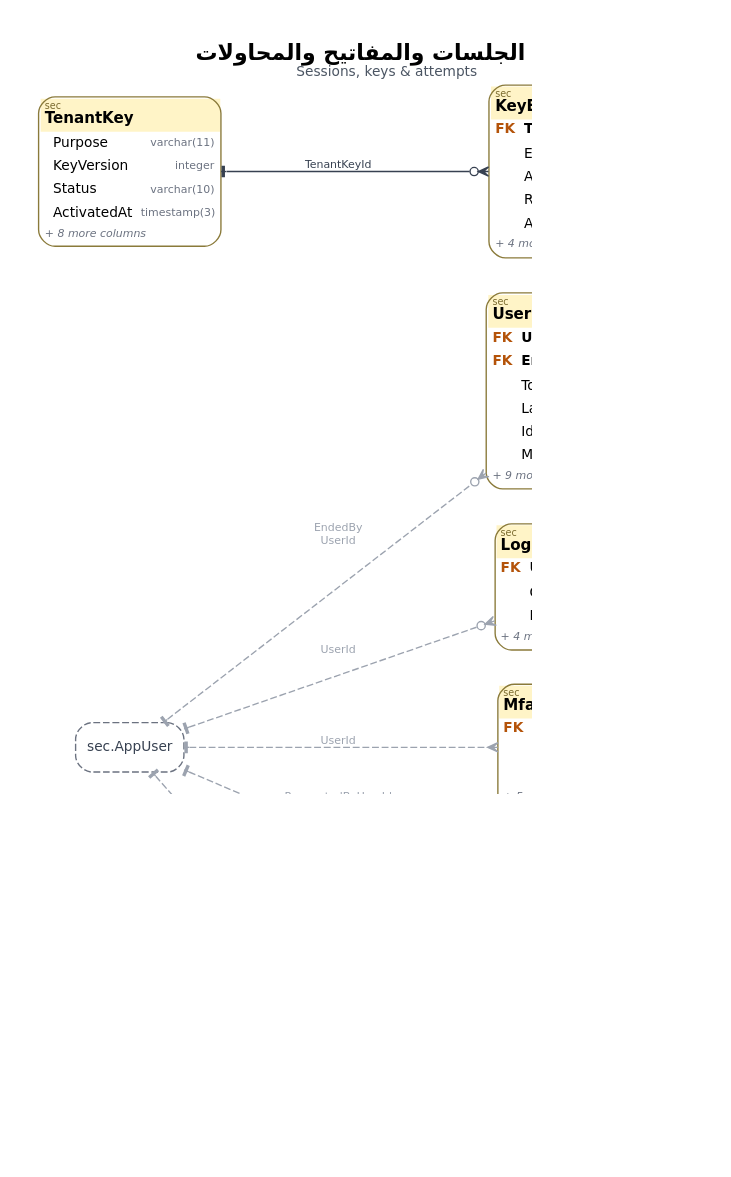
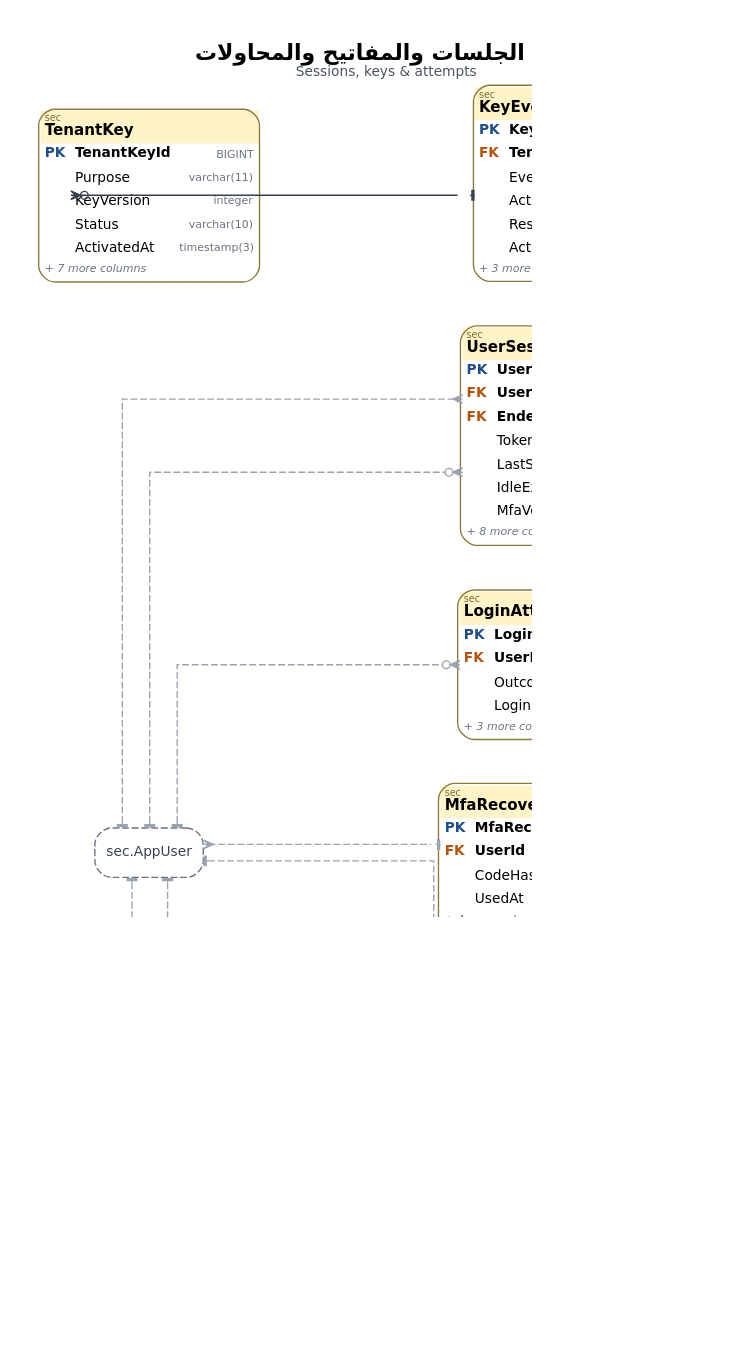
Before and after one commit to thawrasy/smartlines: the diagram in treasury-platform/docs/diagrams/pro/src/m0_sessions.dot, drawn with Graphviz. The commit also changed 72 other files, not shown here.

First line of the commit message:
WIP: layered orthogonal ERD layout with row ports (professional diagrams)

```diff
--- a/treasury-platform/docs/diagrams/pro/src/m0_sessions.dot
+++ b/treasury-platform/docs/diagrams/pro/src/m0_sessions.dot
@@ -1,19 +1,21 @@
 digraph G {
-  graph [fontname="DejaVu Sans", label=<<B><FONT POINT-SIZE="16">م0 · الجلسات والمفاتيح والمحاولات</FONT></B><BR/><FONT POINT-SIZE="10" COLOR="#4B5563">Sessions, keys &amp; attempts</FONT>>, labelloc=t, rankdir=LR, splines=true, nodesep=0.35, ranksep=1.25, pad=0.35, bgcolor="white", dpi=110];
+  graph [fontname="DejaVu Sans", label=<<B><FONT POINT-SIZE="16">م0 · الجلسات والمفاتيح والمحاولات</FONT></B><BR/><FONT POINT-SIZE="10" COLOR="#4B5563">Sessions, keys &amp; attempts</FONT>>, labelloc=t, rankdir=LR, splines=ortho, nodesep=0.45, ranksep=1.7, pad=0.35, bgcolor="white", dpi=110];
   node [fontname="DejaVu Sans", fontsize=10];
   edge [fontname="DejaVu Sans", fontsize=8, color="#374151", arrowsize=0.75];
-  "sec.UserSession" [shape=plain, label=<<TABLE BORDER="1" COLOR="#8A7A3A" CELLBORDER="0" CELLSPACING="0" CELLPADDING="3" STYLE="rounded" BGCOLOR="white"><TR><TD COLSPAN="3" BGCOLOR="#FFF4C7" ALIGN="LEFT"><FONT POINT-SIZE="7" COLOR="#7A6A2E">sec</FONT><BR ALIGN="LEFT"/><FONT POINT-SIZE="11"><B>UserSession</B></FONT></TD></TR><TR><TD ALIGN="LEFT"><FONT COLOR="#B45309"><B>FK</B></FONT></TD><TD ALIGN="LEFT"><B>UserId</B></TD><TD ALIGN="RIGHT"><FONT COLOR="#6B7280" POINT-SIZE="8">BIGINT</FONT></TD></TR><TR><TD ALIGN="LEFT"><FONT COLOR="#B45309"><B>FK</B></FONT></TD><TD ALIGN="LEFT"><B>EndedBy</B></TD><TD ALIGN="RIGHT"><FONT COLOR="#6B7280" POINT-SIZE="8">BIGINT</FONT></TD></TR><TR><TD ALIGN="LEFT"></TD><TD ALIGN="LEFT">TokenHash</TD><TD ALIGN="RIGHT"><FONT COLOR="#6B7280" POINT-SIZE="8">bytea</FONT></TD></TR><TR><TD ALIGN="LEFT"></TD><TD ALIGN="LEFT">LastSeenAt</TD><TD ALIGN="RIGHT"><FONT COLOR="#6B7280" POINT-SIZE="8">timestamp(3)</FONT></TD></TR><TR><TD ALIGN="LEFT"></TD><TD ALIGN="LEFT">IdleExpiresAt</TD><TD ALIGN="RIGHT"><FONT COLOR="#6B7280" POINT-SIZE="8">timestamp(3)</FONT></TD></TR><TR><TD ALIGN="LEFT"></TD><TD ALIGN="LEFT">MfaVerifiedAt</TD><TD ALIGN="RIGHT"><FONT COLOR="#6B7280" POINT-SIZE="8">timestamp(3)</FONT></TD></TR><TR><TD COLSPAN="3" ALIGN="LEFT"><FONT POINT-SIZE="8" COLOR="#6B7280"><I>+ 9 more columns</I></FONT></TD></TR></TABLE>>];
-  "sec.LoginAttempt" [shape=plain, label=<<TABLE BORDER="1" COLOR="#8A7A3A" CELLBORDER="0" CELLSPACING="0" CELLPADDING="3" STYLE="rounded" BGCOLOR="white"><TR><TD COLSPAN="3" BGCOLOR="#FFF4C7" ALIGN="LEFT"><FONT POINT-SIZE="7" COLOR="#7A6A2E">sec</FONT><BR ALIGN="LEFT"/><FONT POINT-SIZE="11"><B>LoginAttempt</B></FONT></TD></TR><TR><TD ALIGN="LEFT"><FONT COLOR="#B45309"><B>FK</B></FONT></TD><TD ALIGN="LEFT"><B>UserId</B></TD><TD ALIGN="RIGHT"><FONT COLOR="#6B7280" POINT-SIZE="8">BIGINT</FONT></TD></TR><TR><TD ALIGN="LEFT"></TD><TD ALIGN="LEFT">Outcome</TD><TD ALIGN="RIGHT"><FONT COLOR="#6B7280" POINT-SIZE="8">varchar(15)</FONT></TD></TR><TR><TD ALIGN="LEFT"></TD><TD ALIGN="LEFT">LoginName</TD><TD ALIGN="RIGHT"><FONT COLOR="#6B7280" POINT-SIZE="8">varchar(200)</FONT></TD></TR><TR><TD COLSPAN="3" ALIGN="LEFT"><FONT POINT-SIZE="8" COLOR="#6B7280"><I>+ 4 more columns</I></FONT></TD></TR></TABLE>>];
-  "sec.MfaRecoveryCode" [shape=plain, label=<<TABLE BORDER="1" COLOR="#8A7A3A" CELLBORDER="0" CELLSPACING="0" CELLPADDING="3" STYLE="rounded" BGCOLOR="white"><TR><TD COLSPAN="3" BGCOLOR="#FFF4C7" ALIGN="LEFT"><FONT POINT-SIZE="7" COLOR="#7A6A2E">sec</FONT><BR ALIGN="LEFT"/><FONT POINT-SIZE="11"><B>MfaRecoveryCode</B></FONT></TD></TR><TR><TD ALIGN="LEFT"><FONT COLOR="#B45309"><B>FK</B></FONT></TD><TD ALIGN="LEFT"><B>UserId</B></TD><TD ALIGN="RIGHT"><FONT COLOR="#6B7280" POINT-SIZE="8">BIGINT</FONT></TD></TR><TR><TD ALIGN="LEFT"></TD><TD ALIGN="LEFT">CodeHash</TD><TD ALIGN="RIGHT"><FONT COLOR="#6B7280" POINT-SIZE="8">bytea</FONT></TD></TR><TR><TD ALIGN="LEFT"></TD><TD ALIGN="LEFT">UsedAt</TD><TD ALIGN="RIGHT"><FONT COLOR="#6B7280" POINT-SIZE="8">timestamp(3)</FONT></TD></TR><TR><TD COLSPAN="3" ALIGN="LEFT"><FONT POINT-SIZE="8" COLOR="#6B7280"><I>+ 5 more columns</I></FONT></TD></TR></TABLE>>];
-  "sec.UserToken" [shape=plain, label=<<TABLE BORDER="1" COLOR="#8A7A3A" CELLBORDER="0" CELLSPACING="0" CELLPADDING="3" STYLE="rounded" BGCOLOR="white"><TR><TD COLSPAN="3" BGCOLOR="#FFF4C7" ALIGN="LEFT"><FONT POINT-SIZE="7" COLOR="#7A6A2E">sec</FONT><BR ALIGN="LEFT"/><FONT POINT-SIZE="11"><B>UserToken</B></FONT></TD></TR><TR><TD ALIGN="LEFT"><FONT COLOR="#B45309"><B>FK</B></FONT></TD><TD ALIGN="LEFT"><B>UserId</B></TD><TD ALIGN="RIGHT"><FONT COLOR="#6B7280" POINT-SIZE="8">BIGINT</FONT></TD></TR><TR><TD ALIGN="LEFT"><FONT COLOR="#B45309"><B>FK</B></FONT></TD><TD ALIGN="LEFT"><B>RequestedByUserId</B></TD><TD ALIGN="RIGHT"><FONT COLOR="#6B7280" POINT-SIZE="8">BIGINT</FONT></TD></TR><TR><TD ALIGN="LEFT"></TD><TD ALIGN="LEFT">Purpose</TD><TD ALIGN="RIGHT"><FONT COLOR="#6B7280" POINT-SIZE="8">varchar(14)</FONT></TD></TR><TR><TD ALIGN="LEFT"></TD><TD ALIGN="LEFT">TokenHash</TD><TD ALIGN="RIGHT"><FONT COLOR="#6B7280" POINT-SIZE="8">bytea</FONT></TD></TR><TR><TD ALIGN="LEFT"></TD><TD ALIGN="LEFT">ExpiresAt</TD><TD ALIGN="RIGHT"><FONT COLOR="#6B7280" POINT-SIZE="8">timestamp(3)</FONT></TD></TR><TR><TD ALIGN="LEFT"></TD><TD ALIGN="LEFT">UsedAt</TD><TD ALIGN="RIGHT"><FONT COLOR="#6B7280" POINT-SIZE="8">timestamp(3)</FONT></TD></TR><TR><TD COLSPAN="3" ALIGN="LEFT"><FONT POINT-SIZE="8" COLOR="#6B7280"><I>+ 9 more columns</I></FONT></TD></TR></TABLE>>];
-  "sec.UserPasswordHistory" [shape=plain, label=<<TABLE BORDER="1" COLOR="#8A7A3A" CELLBORDER="0" CELLSPACING="0" CELLPADDING="3" STYLE="rounded" BGCOLOR="white"><TR><TD COLSPAN="3" BGCOLOR="#FFF4C7" ALIGN="LEFT"><FONT POINT-SIZE="7" COLOR="#7A6A2E">sec</FONT><BR ALIGN="LEFT"/><FONT POINT-SIZE="11"><B>UserPasswordHistory</B></FONT></TD></TR><TR><TD ALIGN="LEFT"><FONT COLOR="#B45309"><B>FK</B></FONT></TD><TD ALIGN="LEFT"><B>UserId</B></TD><TD ALIGN="RIGHT"><FONT COLOR="#6B7280" POINT-SIZE="8">BIGINT</FONT></TD></TR><TR><TD ALIGN="LEFT"></TD><TD ALIGN="LEFT">PasswordHash</TD><TD ALIGN="RIGHT"><FONT COLOR="#6B7280" POINT-SIZE="8">varchar(255)</FONT></TD></TR><TR><TD COLSPAN="3" ALIGN="LEFT"><FONT POINT-SIZE="8" COLOR="#6B7280"><I>+ 2 more columns</I></FONT></TD></TR></TABLE>>];
-  "sec.TenantKey" [shape=plain, label=<<TABLE BORDER="1" COLOR="#8A7A3A" CELLBORDER="0" CELLSPACING="0" CELLPADDING="3" STYLE="rounded" BGCOLOR="white"><TR><TD COLSPAN="3" BGCOLOR="#FFF4C7" ALIGN="LEFT"><FONT POINT-SIZE="7" COLOR="#7A6A2E">sec</FONT><BR ALIGN="LEFT"/><FONT POINT-SIZE="11"><B>TenantKey</B></FONT></TD></TR><TR><TD ALIGN="LEFT"></TD><TD ALIGN="LEFT">Purpose</TD><TD ALIGN="RIGHT"><FONT COLOR="#6B7280" POINT-SIZE="8">varchar(11)</FONT></TD></TR><TR><TD ALIGN="LEFT"></TD><TD ALIGN="LEFT">KeyVersion</TD><TD ALIGN="RIGHT"><FONT COLOR="#6B7280" POINT-SIZE="8">integer</FONT></TD></TR><TR><TD ALIGN="LEFT"></TD><TD ALIGN="LEFT">Status</TD><TD ALIGN="RIGHT"><FONT COLOR="#6B7280" POINT-SIZE="8">varchar(10)</FONT></TD></TR><TR><TD ALIGN="LEFT"></TD><TD ALIGN="LEFT">ActivatedAt</TD><TD ALIGN="RIGHT"><FONT COLOR="#6B7280" POINT-SIZE="8">timestamp(3)</FONT></TD></TR><TR><TD COLSPAN="3" ALIGN="LEFT"><FONT POINT-SIZE="8" COLOR="#6B7280"><I>+ 8 more columns</I></FONT></TD></TR></TABLE>>];
-  "sec.KeyEvent" [shape=plain, label=<<TABLE BORDER="1" COLOR="#8A7A3A" CELLBORDER="0" CELLSPACING="0" CELLPADDING="3" STYLE="rounded" BGCOLOR="white"><TR><TD COLSPAN="3" BGCOLOR="#FFF4C7" ALIGN="LEFT"><FONT POINT-SIZE="7" COLOR="#7A6A2E">sec</FONT><BR ALIGN="LEFT"/><FONT POINT-SIZE="11"><B>KeyEvent</B></FONT></TD></TR><TR><TD ALIGN="LEFT"><FONT COLOR="#B45309"><B>FK</B></FONT></TD><TD ALIGN="LEFT"><B>TenantKeyId</B></TD><TD ALIGN="RIGHT"><FONT COLOR="#6B7280" POINT-SIZE="8">BIGINT</FONT></TD></TR><TR><TD ALIGN="LEFT"></TD><TD ALIGN="LEFT">EventType</TD><TD ALIGN="RIGHT"><FONT COLOR="#6B7280" POINT-SIZE="8">varchar(18)</FONT></TD></TR><TR><TD ALIGN="LEFT"></TD><TD ALIGN="LEFT">ActorType</TD><TD ALIGN="RIGHT"><FONT COLOR="#6B7280" POINT-SIZE="8">varchar(10)</FONT></TD></TR><TR><TD ALIGN="LEFT"></TD><TD ALIGN="LEFT">Result</TD><TD ALIGN="RIGHT"><FONT COLOR="#6B7280" POINT-SIZE="8">varchar(10)</FONT></TD></TR><TR><TD ALIGN="LEFT"></TD><TD ALIGN="LEFT">ActorId</TD><TD ALIGN="RIGHT"><FONT COLOR="#6B7280" POINT-SIZE="8">uuid</FONT></TD></TR><TR><TD COLSPAN="3" ALIGN="LEFT"><FONT POINT-SIZE="8" COLOR="#6B7280"><I>+ 4 more columns</I></FONT></TD></TR></TABLE>>];
+  "sec.UserSession" [shape=plain, label=<<TABLE BORDER="1" COLOR="#8A7A3A" CELLBORDER="0" CELLSPACING="0" CELLPADDING="3" STYLE="rounded" BGCOLOR="white"><TR><TD COLSPAN="3" BGCOLOR="#FFF4C7" ALIGN="LEFT"><FONT POINT-SIZE="7" COLOR="#7A6A2E">sec</FONT><BR ALIGN="LEFT"/><FONT POINT-SIZE="11"><B>UserSession</B></FONT></TD></TR><TR><TD ALIGN="LEFT" PORT="UserSessionId"><FONT COLOR="#1D4E89"><B>PK</B></FONT></TD><TD ALIGN="LEFT" PORT="UserSessionId"><B>UserSessionId</B></TD><TD ALIGN="RIGHT" PORT="UserSessionId"><FONT COLOR="#6B7280" POINT-SIZE="8">BIGINT</FONT></TD></TR><TR><TD ALIGN="LEFT" PORT="UserId"><FONT COLOR="#B45309"><B>FK</B></FONT></TD><TD ALIGN="LEFT" PORT="UserId"><B>UserId</B></TD><TD ALIGN="RIGHT" PORT="UserId"><FONT COLOR="#6B7280" POINT-SIZE="8">BIGINT</FONT></TD></TR><TR><TD ALIGN="LEFT" PORT="EndedBy"><FONT COLOR="#B45309"><B>FK</B></FONT></TD><TD ALIGN="LEFT" PORT="EndedBy"><B>EndedBy</B></TD><TD ALIGN="RIGHT" PORT="EndedBy"><FONT COLOR="#6B7280" POINT-SIZE="8">BIGINT</FONT></TD></TR><TR><TD ALIGN="LEFT"></TD><TD ALIGN="LEFT">TokenHash</TD><TD ALIGN="RIGHT"><FONT COLOR="#6B7280" POINT-SIZE="8">bytea</FONT></TD></TR><TR><TD ALIGN="LEFT"></TD><TD ALIGN="LEFT">LastSeenAt</TD><TD ALIGN="RIGHT"><FONT COLOR="#6B7280" POINT-SIZE="8">timestamp(3)</FONT></TD></TR><TR><TD ALIGN="LEFT"></TD><TD ALIGN="LEFT">IdleExpiresAt</TD><TD ALIGN="RIGHT"><FONT COLOR="#6B7280" POINT-SIZE="8">timestamp(3)</FONT></TD></TR><TR><TD ALIGN="LEFT"></TD><TD ALIGN="LEFT">MfaVerifiedAt</TD><TD ALIGN="RIGHT"><FONT COLOR="#6B7280" POINT-SIZE="8">timestamp(3)</FONT></TD></TR><TR><TD COLSPAN="3" ALIGN="LEFT"><FONT POINT-SIZE="8" COLOR="#6B7280"><I>+ 8 more columns</I></FONT></TD></TR></TABLE>>];
+  "sec.LoginAttempt" [shape=plain, label=<<TABLE BORDER="1" COLOR="#8A7A3A" CELLBORDER="0" CELLSPACING="0" CELLPADDING="3" STYLE="rounded" BGCOLOR="white"><TR><TD COLSPAN="3" BGCOLOR="#FFF4C7" ALIGN="LEFT"><FONT POINT-SIZE="7" COLOR="#7A6A2E">sec</FONT><BR ALIGN="LEFT"/><FONT POINT-SIZE="11"><B>LoginAttempt</B></FONT></TD></TR><TR><TD ALIGN="LEFT" PORT="LoginAttemptId"><FONT COLOR="#1D4E89"><B>PK</B></FONT></TD><TD ALIGN="LEFT" PORT="LoginAttemptId"><B>LoginAttemptId</B></TD><TD ALIGN="RIGHT" PORT="LoginAttemptId"><FONT COLOR="#6B7280" POINT-SIZE="8">BIGINT</FONT></TD></TR><TR><TD ALIGN="LEFT" PORT="UserId"><FONT COLOR="#B45309"><B>FK</B></FONT></TD><TD ALIGN="LEFT" PORT="UserId"><B>UserId</B></TD><TD ALIGN="RIGHT" PORT="UserId"><FONT COLOR="#6B7280" POINT-SIZE="8">BIGINT</FONT></TD></TR><TR><TD ALIGN="LEFT"></TD><TD ALIGN="LEFT">Outcome</TD><TD ALIGN="RIGHT"><FONT COLOR="#6B7280" POINT-SIZE="8">varchar(15)</FONT></TD></TR><TR><TD ALIGN="LEFT"></TD><TD ALIGN="LEFT">LoginName</TD><TD ALIGN="RIGHT"><FONT COLOR="#6B7280" POINT-SIZE="8">varchar(200)</FONT></TD></TR><TR><TD COLSPAN="3" ALIGN="LEFT"><FONT POINT-SIZE="8" COLOR="#6B7280"><I>+ 3 more columns</I></FONT></TD></TR></TABLE>>];
+  "sec.MfaRecoveryCode" [shape=plain, label=<<TABLE BORDER="1" COLOR="#8A7A3A" CELLBORDER="0" CELLSPACING="0" CELLPADDING="3" STYLE="rounded" BGCOLOR="white"><TR><TD COLSPAN="3" BGCOLOR="#FFF4C7" ALIGN="LEFT"><FONT POINT-SIZE="7" COLOR="#7A6A2E">sec</FONT><BR ALIGN="LEFT"/><FONT POINT-SIZE="11"><B>MfaRecoveryCode</B></FONT></TD></TR><TR><TD ALIGN="LEFT" PORT="MfaRecoveryCodeId"><FONT COLOR="#1D4E89"><B>PK</B></FONT></TD><TD ALIGN="LEFT" PORT="MfaRecoveryCodeId"><B>MfaRecoveryCodeId</B></TD><TD ALIGN="RIGHT" PORT="MfaRecoveryCodeId"><FONT COLOR="#6B7280" POINT-SIZE="8">BIGINT</FONT></TD></TR><TR><TD ALIGN="LEFT" PORT="UserId"><FONT COLOR="#B45309"><B>FK</B></FONT></TD><TD ALIGN="LEFT" PORT="UserId"><B>UserId</B></TD><TD ALIGN="RIGHT" PORT="UserId"><FONT COLOR="#6B7280" POINT-SIZE="8">BIGINT</FONT></TD></TR><TR><TD ALIGN="LEFT"></TD><TD ALIGN="LEFT">CodeHash</TD><TD ALIGN="RIGHT"><FONT COLOR="#6B7280" POINT-SIZE="8">bytea</FONT></TD></TR><TR><TD ALIGN="LEFT"></TD><TD ALIGN="LEFT">UsedAt</TD><TD ALIGN="RIGHT"><FONT COLOR="#6B7280" POINT-SIZE="8">timestamp(3)</FONT></TD></TR><TR><TD COLSPAN="3" ALIGN="LEFT"><FONT POINT-SIZE="8" COLOR="#6B7280"><I>+ 4 more columns</I></FONT></TD></TR></TABLE>>];
+  "sec.UserToken" [shape=plain, label=<<TABLE BORDER="1" COLOR="#8A7A3A" CELLBORDER="0" CELLSPACING="0" CELLPADDING="3" STYLE="rounded" BGCOLOR="white"><TR><TD COLSPAN="3" BGCOLOR="#FFF4C7" ALIGN="LEFT"><FONT POINT-SIZE="7" COLOR="#7A6A2E">sec</FONT><BR ALIGN="LEFT"/><FONT POINT-SIZE="11"><B>UserToken</B></FONT></TD></TR><TR><TD ALIGN="LEFT" PORT="UserTokenId"><FONT COLOR="#1D4E89"><B>PK</B></FONT></TD><TD ALIGN="LEFT" PORT="UserTokenId"><B>UserTokenId</B></TD><TD ALIGN="RIGHT" PORT="UserTokenId"><FONT COLOR="#6B7280" POINT-SIZE="8">BIGINT</FONT></TD></TR><TR><TD ALIGN="LEFT" PORT="UserId"><FONT COLOR="#B45309"><B>FK</B></FONT></TD><TD ALIGN="LEFT" PORT="UserId"><B>UserId</B></TD><TD ALIGN="RIGHT" PORT="UserId"><FONT COLOR="#6B7280" POINT-SIZE="8">BIGINT</FONT></TD></TR><TR><TD ALIGN="LEFT" PORT="RequestedByUserId"><FONT COLOR="#B45309"><B>FK</B></FONT></TD><TD ALIGN="LEFT" PORT="RequestedByUserId"><B>RequestedByUserId</B></TD><TD ALIGN="RIGHT" PORT="RequestedByUserId"><FONT COLOR="#6B7280" POINT-SIZE="8">BIGINT</FONT></TD></TR><TR><TD ALIGN="LEFT"></TD><TD ALIGN="LEFT">Purpose</TD><TD ALIGN="RIGHT"><FONT COLOR="#6B7280" POINT-SIZE="8">varchar(14)</FONT></TD></TR><TR><TD ALIGN="LEFT"></TD><TD ALIGN="LEFT">TokenHash</TD><TD ALIGN="RIGHT"><FONT COLOR="#6B7280" POINT-SIZE="8">bytea</FONT></TD></TR><TR><TD ALIGN="LEFT"></TD><TD ALIGN="LEFT">ExpiresAt</TD><TD ALIGN="RIGHT"><FONT COLOR="#6B7280" POINT-SIZE="8">timestamp(3)</FONT></TD></TR><TR><TD ALIGN="LEFT"></TD><TD ALIGN="LEFT">UsedAt</TD><TD ALIGN="RIGHT"><FONT COLOR="#6B7280" POINT-SIZE="8">timestamp(3)</FONT></TD></TR><TR><TD COLSPAN="3" ALIGN="LEFT"><FONT POINT-SIZE="8" COLOR="#6B7280"><I>+ 8 more columns</I></FONT></TD></TR></TABLE>>];
+  "sec.UserPasswordHistory" [shape=plain, label=<<TABLE BORDER="1" COLOR="#8A7A3A" CELLBORDER="0" CELLSPACING="0" CELLPADDING="3" STYLE="rounded" BGCOLOR="white"><TR><TD COLSPAN="3" BGCOLOR="#FFF4C7" ALIGN="LEFT"><FONT POINT-SIZE="7" COLOR="#7A6A2E">sec</FONT><BR ALIGN="LEFT"/><FONT POINT-SIZE="11"><B>UserPasswordHistory</B></FONT></TD></TR><TR><TD ALIGN="LEFT" PORT="UserPasswordHistoryId"><FONT COLOR="#1D4E89"><B>PK</B></FONT></TD><TD ALIGN="LEFT" PORT="UserPasswordHistoryId"><B>UserPasswordHistoryId</B></TD><TD ALIGN="RIGHT" PORT="UserPasswordHistoryId"><FONT COLOR="#6B7280" POINT-SIZE="8">BIGINT</FONT></TD></TR><TR><TD ALIGN="LEFT" PORT="UserId"><FONT COLOR="#B45309"><B>FK</B></FONT></TD><TD ALIGN="LEFT" PORT="UserId"><B>UserId</B></TD><TD ALIGN="RIGHT" PORT="UserId"><FONT COLOR="#6B7280" POINT-SIZE="8">BIGINT</FONT></TD></TR><TR><TD ALIGN="LEFT"></TD><TD ALIGN="LEFT">PasswordHash</TD><TD ALIGN="RIGHT"><FONT COLOR="#6B7280" POINT-SIZE="8">varchar(255)</FONT></TD></TR><TR><TD COLSPAN="3" ALIGN="LEFT"><FONT POINT-SIZE="8" COLOR="#6B7280"><I>+ 1 more columns</I></FONT></TD></TR></TABLE>>];
+  "sec.TenantKey" [shape=plain, label=<<TABLE BORDER="1" COLOR="#8A7A3A" CELLBORDER="0" CELLSPACING="0" CELLPADDING="3" STYLE="rounded" BGCOLOR="white"><TR><TD COLSPAN="3" BGCOLOR="#FFF4C7" ALIGN="LEFT"><FONT POINT-SIZE="7" COLOR="#7A6A2E">sec</FONT><BR ALIGN="LEFT"/><FONT POINT-SIZE="11"><B>TenantKey</B></FONT></TD></TR><TR><TD ALIGN="LEFT" PORT="TenantKeyId"><FONT COLOR="#1D4E89"><B>PK</B></FONT></TD><TD ALIGN="LEFT" PORT="TenantKeyId"><B>TenantKeyId</B></TD><TD ALIGN="RIGHT" PORT="TenantKeyId"><FONT COLOR="#6B7280" POINT-SIZE="8">BIGINT</FONT></TD></TR><TR><TD ALIGN="LEFT"></TD><TD ALIGN="LEFT">Purpose</TD><TD ALIGN="RIGHT"><FONT COLOR="#6B7280" POINT-SIZE="8">varchar(11)</FONT></TD></TR><TR><TD ALIGN="LEFT"></TD><TD ALIGN="LEFT">KeyVersion</TD><TD ALIGN="RIGHT"><FONT COLOR="#6B7280" POINT-SIZE="8">integer</FONT></TD></TR><TR><TD ALIGN="LEFT"></TD><TD ALIGN="LEFT">Status</TD><TD ALIGN="RIGHT"><FONT COLOR="#6B7280" POINT-SIZE="8">varchar(10)</FONT></TD></TR><TR><TD ALIGN="LEFT"></TD><TD ALIGN="LEFT">ActivatedAt</TD><TD ALIGN="RIGHT"><FONT COLOR="#6B7280" POINT-SIZE="8">timestamp(3)</FONT></TD></TR><TR><TD COLSPAN="3" ALIGN="LEFT"><FONT POINT-SIZE="8" COLOR="#6B7280"><I>+ 7 more columns</I></FONT></TD></TR></TABLE>>];
+  "sec.KeyEvent" [shape=plain, label=<<TABLE BORDER="1" COLOR="#8A7A3A" CELLBORDER="0" CELLSPACING="0" CELLPADDING="3" STYLE="rounded" BGCOLOR="white"><TR><TD COLSPAN="3" BGCOLOR="#FFF4C7" ALIGN="LEFT"><FONT POINT-SIZE="7" COLOR="#7A6A2E">sec</FONT><BR ALIGN="LEFT"/><FONT POINT-SIZE="11"><B>KeyEvent</B></FONT></TD></TR><TR><TD ALIGN="LEFT" PORT="KeyEventId"><FONT COLOR="#1D4E89"><B>PK</B></FONT></TD><TD ALIGN="LEFT" PORT="KeyEventId"><B>KeyEventId</B></TD><TD ALIGN="RIGHT" PORT="KeyEventId"><FONT COLOR="#6B7280" POINT-SIZE="8">BIGINT</FONT></TD></TR><TR><TD ALIGN="LEFT" PORT="TenantKeyId"><FONT COLOR="#B45309"><B>FK</B></FONT></TD><TD ALIGN="LEFT" PORT="TenantKeyId"><B>TenantKeyId</B></TD><TD ALIGN="RIGHT" PORT="TenantKeyId"><FONT COLOR="#6B7280" POINT-SIZE="8">BIGINT</FONT></TD></TR><TR><TD ALIGN="LEFT"></TD><TD ALIGN="LEFT">EventType</TD><TD ALIGN="RIGHT"><FONT COLOR="#6B7280" POINT-SIZE="8">varchar(18)</FONT></TD></TR><TR><TD ALIGN="LEFT"></TD><TD ALIGN="LEFT">ActorType</TD><TD ALIGN="RIGHT"><FONT COLOR="#6B7280" POINT-SIZE="8">varchar(10)</FONT></TD></TR><TR><TD ALIGN="LEFT"></TD><TD ALIGN="LEFT">Result</TD><TD ALIGN="RIGHT"><FONT COLOR="#6B7280" POINT-SIZE="8">varchar(10)</FONT></TD></TR><TR><TD ALIGN="LEFT"></TD><TD ALIGN="LEFT">ActorId</TD><TD ALIGN="RIGHT"><FONT COLOR="#6B7280" POINT-SIZE="8">uuid</FONT></TD></TR><TR><TD COLSPAN="3" ALIGN="LEFT"><FONT POINT-SIZE="8" COLOR="#6B7280"><I>+ 3 more columns</I></FONT></TD></TR></TABLE>>];
   "sec.AppUser" [shape=box, style="rounded,dashed", color="#6B7280", fontcolor="#374151", margin="0.12,0.05", label="sec.AppUser"];
-  "sec.AppUser" -> "sec.LoginAttempt" [dir=both, arrowtail=tee, arrowhead=crowodot, style=dashed, color="#9CA3AF", fontcolor="#9CA3AF", label="UserId"];
-  "sec.AppUser" -> "sec.MfaRecoveryCode" [dir=both, arrowtail=tee, arrowhead=crow, style=dashed, color="#9CA3AF", fontcolor="#9CA3AF", label="UserId"];
-  "sec.AppUser" -> "sec.UserPasswordHistory" [dir=both, arrowtail=tee, arrowhead=crow, style=dashed, color="#9CA3AF", fontcolor="#9CA3AF", label="UserId"];
-  "sec.AppUser" -> "sec.UserSession" [dir=both, arrowtail=tee, arrowhead=crowodot, style=dashed, color="#9CA3AF", fontcolor="#9CA3AF", label="EndedBy\nUserId"];
-  "sec.AppUser" -> "sec.UserToken" [dir=both, arrowtail=tee, arrowhead=crowodot, style=dashed, color="#9CA3AF", fontcolor="#9CA3AF", label="RequestedByUserId\nUserId"];
-  "sec.TenantKey" -> "sec.KeyEvent" [dir=both, arrowtail=tee, arrowhead=crowodot, style=solid, color="#374151", fontcolor="#374151", label="TenantKeyId"];
+  "sec.AppUser" -> "sec.UserSession":"UserId":w [dir=both, arrowtail=tee, arrowhead=crow, style=dashed, color="#9CA3AF", arrowsize=0.7];
+  "sec.AppUser" -> "sec.UserSession":"EndedBy":w [dir=both, arrowtail=tee, arrowhead=crowodot, style=dashed, color="#9CA3AF", arrowsize=0.7];
+  "sec.AppUser" -> "sec.LoginAttempt":"UserId":w [dir=both, arrowtail=tee, arrowhead=crowodot, style=dashed, color="#9CA3AF", arrowsize=0.7];
+  "sec.AppUser" -> "sec.MfaRecoveryCode":"UserId":w [dir=both, arrowtail=tee, arrowhead=crow, style=dashed, color="#9CA3AF", arrowsize=0.7];
+  "sec.AppUser" -> "sec.UserToken":"UserId":w [dir=both, arrowtail=tee, arrowhead=crow, style=dashed, color="#9CA3AF", arrowsize=0.7];
+  "sec.AppUser" -> "sec.UserToken":"RequestedByUserId":w [dir=both, arrowtail=tee, arrowhead=crowodot, style=dashed, color="#9CA3AF", arrowsize=0.7];
+  "sec.AppUser" -> "sec.UserPasswordHistory":"UserId":w [dir=both, arrowtail=tee, arrowhead=crow, style=dashed, color="#9CA3AF", arrowsize=0.7];
+  "sec.TenantKey":"TenantKeyId":e -> "sec.KeyEvent":"TenantKeyId":w [dir=both, arrowtail=tee, arrowhead=crowodot, style=solid, color="#374151", arrowsize=0.7];
 }
```
